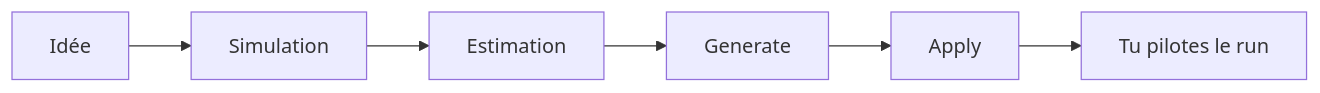
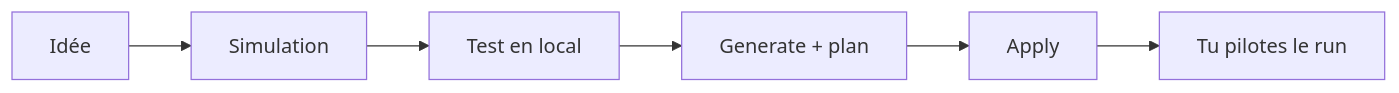
One commit to simondelamarre/bige-ops-releases changed the diagram in docs/perimetre.md. Above: the diagram before and after it, drawn with Mermaid. The commit also changed other lines of this file and 122 other files, not shown here.

````diff
--- a/docs/perimetre.md
+++ b/docs/perimetre.md
@@ -5,8 +5,8 @@
 ```mermaid
 flowchart LR
   A[Idée] --> B[Simulation]
-  B --> C[Estimation]
-  C --> D[Generate]
+  B --> C[Test en local]
+  C --> D[Generate + plan]
   D --> E[Apply]
   E --> F[Tu pilotes le run]
 ```
````
